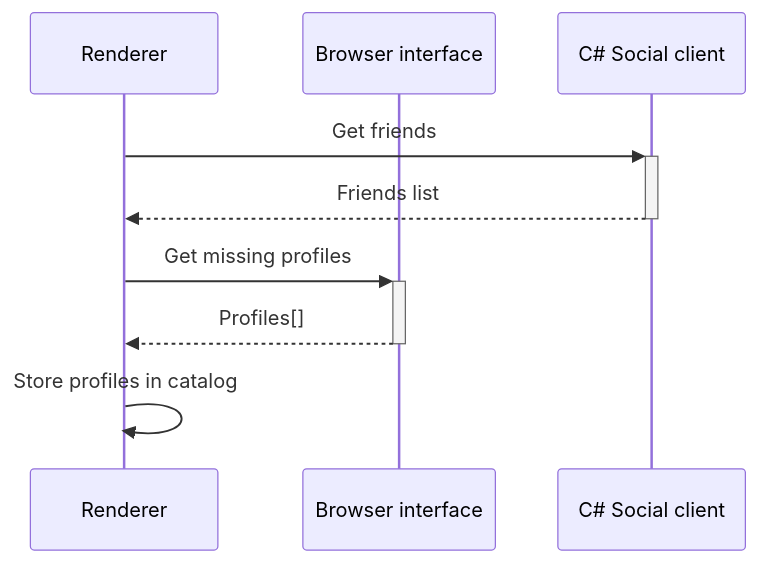
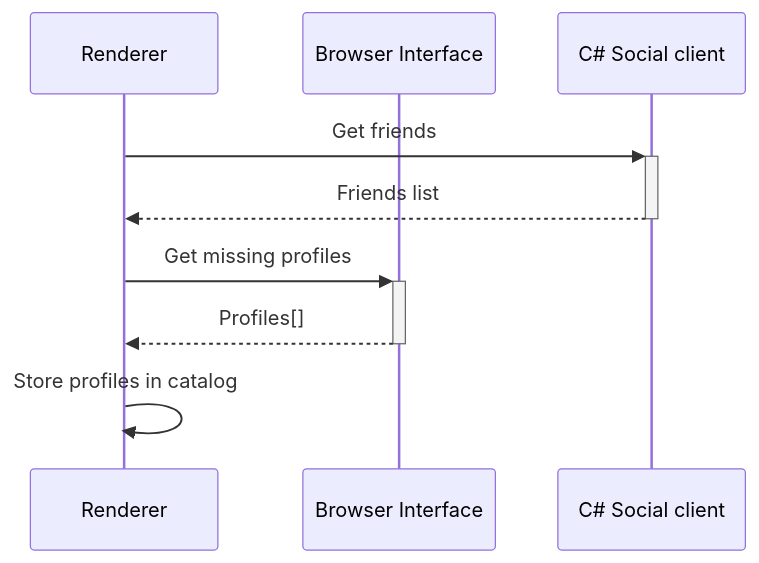
One commit to decentraland/adr changed the fourth of 4 diagrams in content/ADR-189-social-service-M2.md. Above: the diagram before and after it, drawn with Mermaid. The commit also changed other lines of this file, not shown here.

````diff
--- a/content/ADR-189-social-service-M2.md
+++ b/content/ADR-189-social-service-M2.md
@@ -119,11 +120,11 @@
 ```mermaid
 sequenceDiagram
     participant Renderer
-    participant Browser interface
+    participant Browser Interface
 
     Renderer ->>+ C# Social client: Get friends
     C# Social client -->>- Renderer: Friends list
-    Renderer ->>+ Browser interface: Get missing profiles
-    Browser interface -->>- Renderer: Profiles[]
+    Renderer ->>+ Browser Interface: Get missing profiles
+    Browser Interface -->>- Renderer: Profiles[]
     Renderer ->> Renderer: Store profiles in catalog
 ```
````
